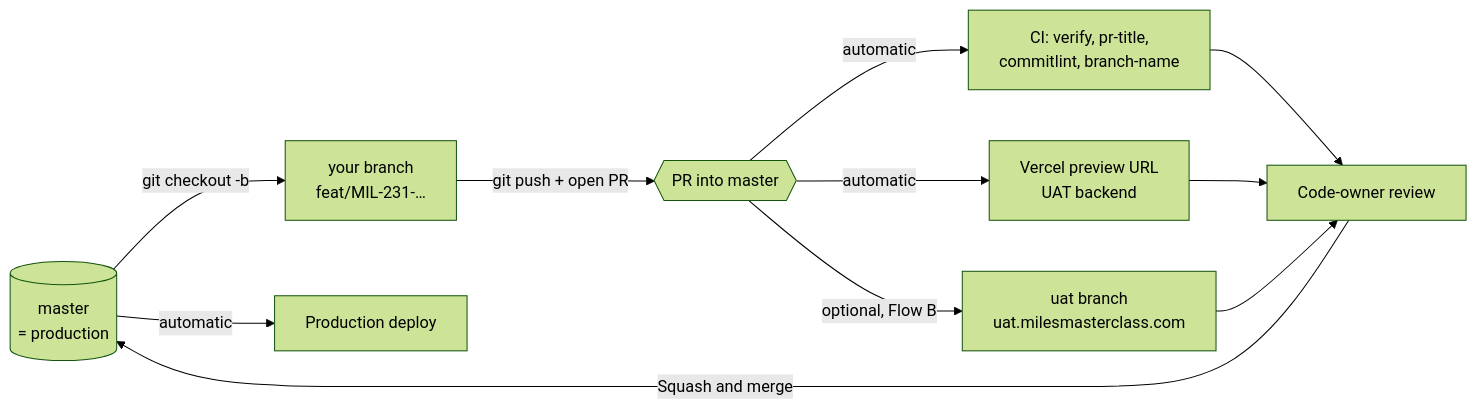
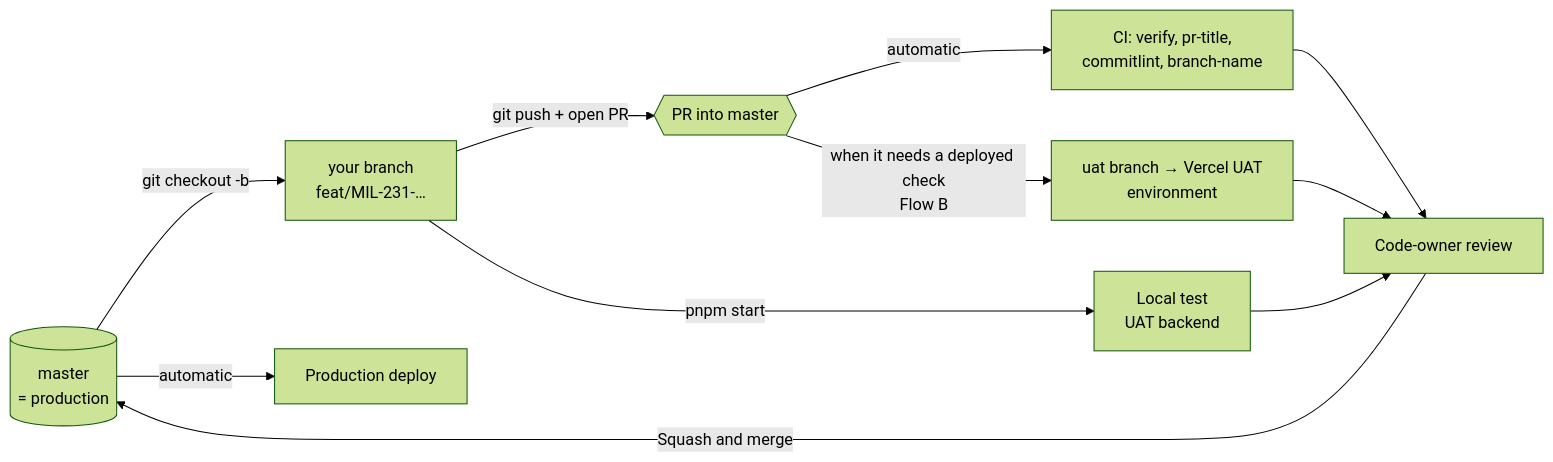
One commit to MilesEducation-Tech/miles-masterclass changed the first of 4 diagrams in docs/engineering/git-playbook.md. Above: the diagram before and after it, drawn with Mermaid (forest theme). The commit also changed other lines of this file and 27 other files, not shown here.

````diff
--- a/docs/engineering/git-playbook.md
+++ b/docs/engineering/git-playbook.md
@@ -50,13 +50,13 @@
 ```mermaid
 flowchart LR
   M[(master<br/>= production)] -->|git checkout -b| B[your branch<br/>feat/MIL-231-…]
   B -->|git push + open PR| PR{{PR into master}}
-  PR -->|automatic| P[Vercel preview URL<br/>UAT backend]
+  B -->|pnpm start| L[Local test<br/>UAT backend]
   PR -->|automatic| CI[CI: verify, pr-title,<br/>commitlint, branch-name]
-  PR -->|optional, Flow B| U[uat branch<br/>uat.milesmasterclass.com]
+  PR -->|when it needs a deployed check<br/>Flow B| U[uat branch → Vercel UAT<br/>environment]
   CI --> R[Code-owner review]
-  P --> R
+  L --> R
   U --> R
   R -->|Squash and merge| M
   M -->|automatic| PROD[Production deploy]
 ```
````
